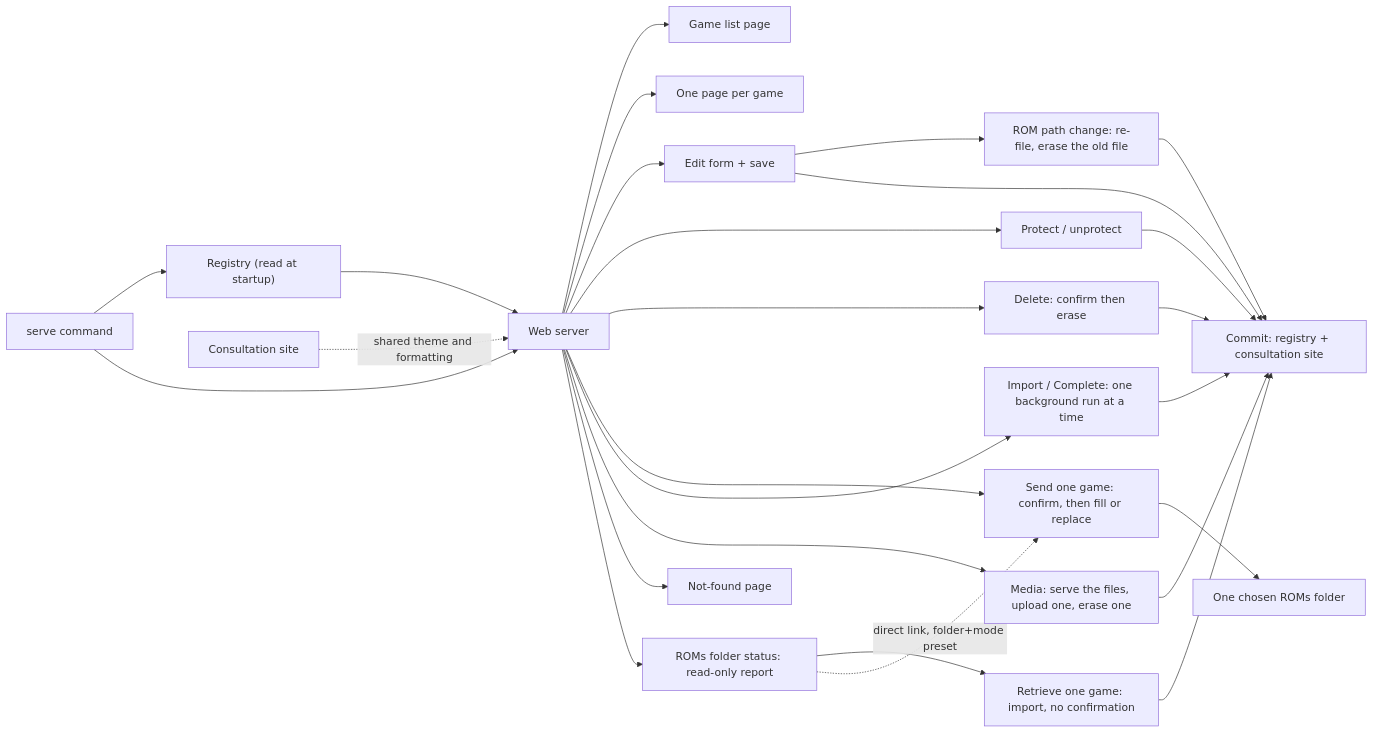
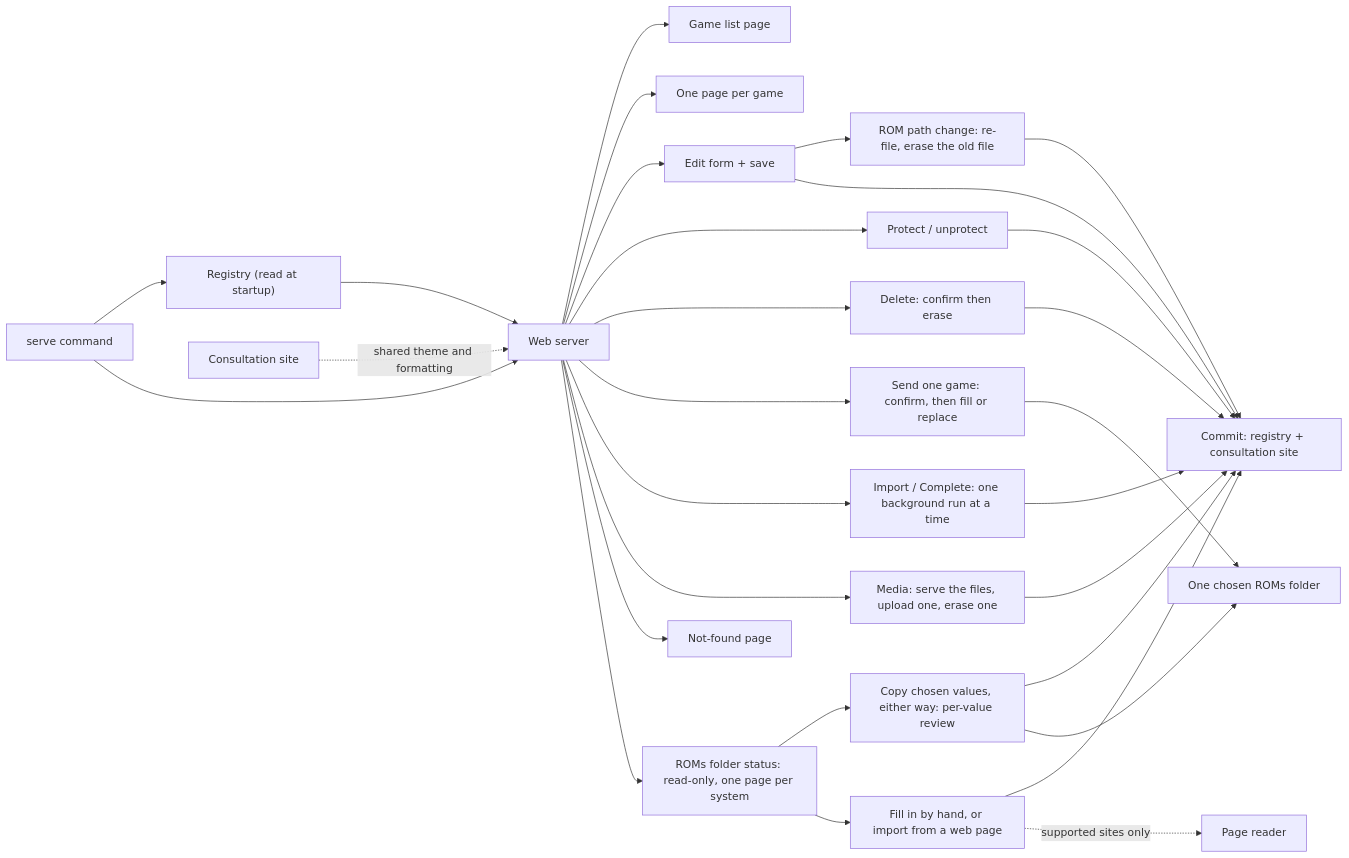
One commit to neolao/batocera-scrap-manager changed the first of 2 diagrams in docs/architecture.md. Above: the diagram before and after it, drawn with Mermaid. The commit also changed other lines of this file and 3 other files, not shown here.

````diff
--- a/docs/architecture.md
+++ b/docs/architecture.md
@@ -65,28 +68,31 @@
 ```mermaid
 flowchart LR
   CLI["serve command"] --> REG["Registry (read at startup)"]
   CLI --> SRV["Web server"]
   REG --> SRV
   SRV --> LIST["Game list page"]
   SRV --> GAME["One page per game"]
   SRV --> EDIT["Edit form + save"]
   EDIT --> PATH["ROM path change: re-file, erase the old file"]
   PATH --> COMMIT
   SRV --> PROT["Protect / unprotect"]
   PROT --> COMMIT
   SRV --> DEL["Delete: confirm then erase"]
   DEL --> COMMIT
   SRV --> SEND["Send one game: confirm, then fill or replace"]
   SEND --> ROMS["One chosen ROMs folder"]
   SRV --> JOB["Import / Complete: one background run at a time"]
   JOB --> COMMIT
   SRV --> MEDIA["Media: serve the files, upload one, erase one"]
   MEDIA --> COMMIT
   SRV --> NF["Not-found page"]
-  SRV --> STATUS["ROMs folder status: read-only report"]
-  STATUS --> RETRIEVE["Retrieve one game: import, no confirmation"]
-  RETRIEVE --> COMMIT
-  STATUS -. direct link, folder+mode preset .-> SEND
+  SRV --> STATUS["ROMs folder status: read-only, one page per system"]
+  STATUS --> COPY["Copy chosen values, either way: per-value review"]
+  COPY --> COMMIT
+  COPY --> ROMS
+  STATUS --> FILL["Fill in by hand, or import from a web page"]
+  FILL --> COMMIT
+  FILL -. supported sites only .-> SCRAPE["Page reader"]
   EDIT --> COMMIT["Commit: registry + consultation site"]
   SITE["Consultation site"] -. shared theme and formatting .-> SRV
 ```
````
